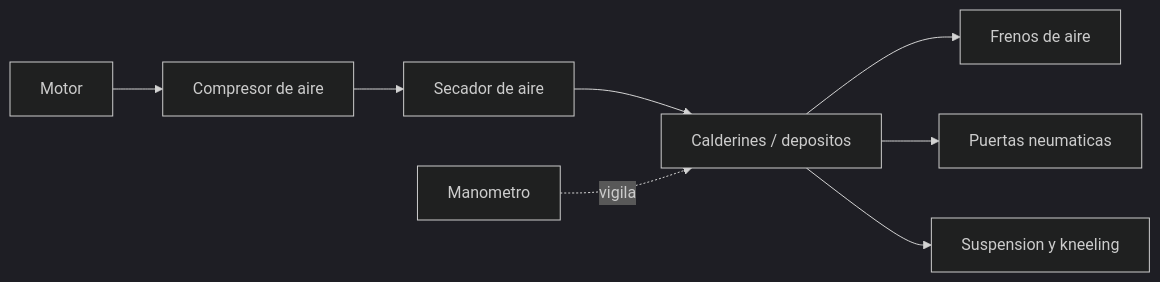
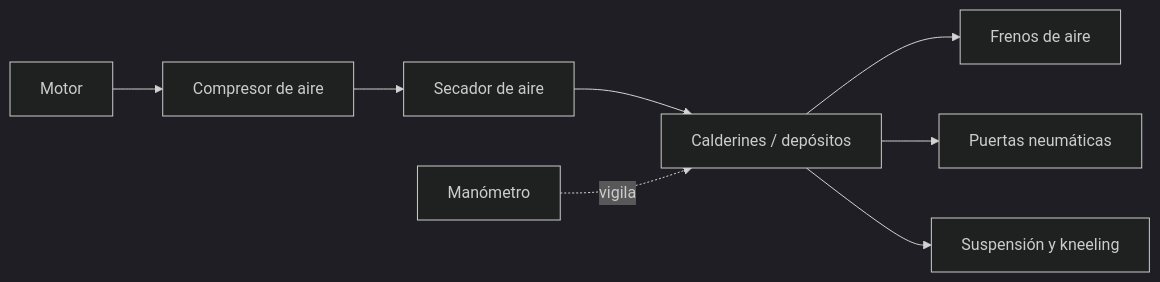
Before and after one commit to vladimiracunadev-create/machine-operator-program: the fourth of 4 diagrams in vehiculos/buses/operacion/sistemas-mecanicos-bus.md, drawn with Mermaid (dark theme). The commit also changed other lines of this file and 442 other files, not shown here.

````diff
--- a/vehiculos/buses/operacion/sistemas-mecanicos-bus.md
+++ b/vehiculos/buses/operacion/sistemas-mecanicos-bus.md
@@ -153,10 +153,10 @@
 ```mermaid
 flowchart LR
     Motor[Motor] --> Compresor[Compresor de aire]
     Compresor --> Secador[Secador de aire]
-    Secador --> Calderines[Calderines / depositos]
+    Secador --> Calderines[Calderines / depósitos]
     Calderines --> Frenos[Frenos de aire]
-    Calderines --> Puertas[Puertas neumaticas]
-    Calderines --> Suspension[Suspension y kneeling]
-    Manometro[Manometro] -. vigila .-> Calderines
+    Calderines --> Puertas[Puertas neumáticas]
+    Calderines --> Suspension[Suspensión y kneeling]
+    Manometro[Manómetro] -. vigila .-> Calderines
 ```
````
